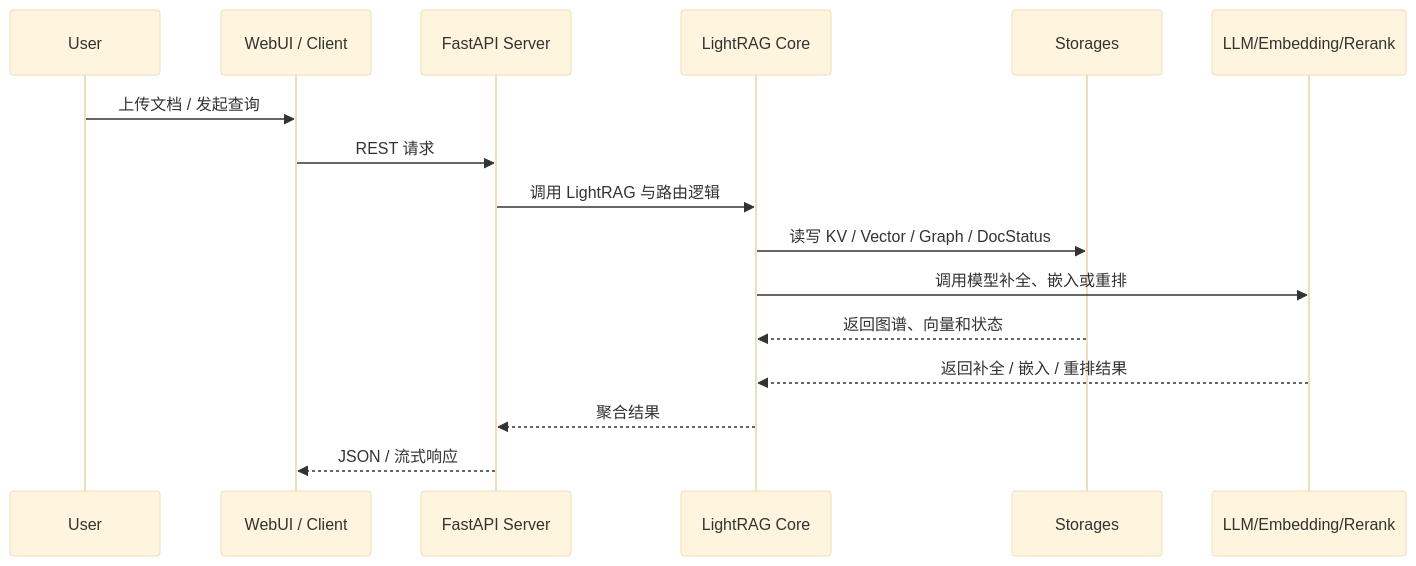
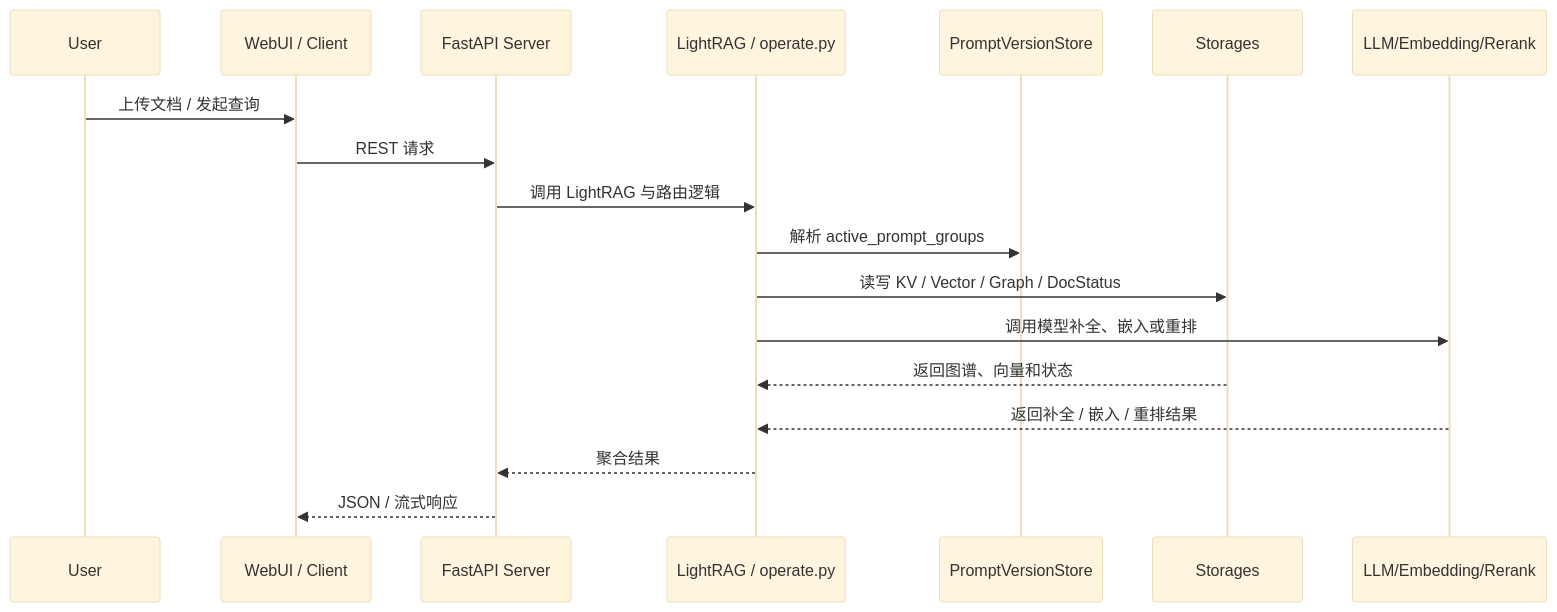
The second of 3 diagrams in .nexus-map/arch/dependencies.md (HKUDS/LightRAG), drawn with Mermaid (base theme) before and after one commit. The commit also changed other lines of this file and 10 other files, not shown here.

````diff
--- a/.nexus-map/arch/dependencies.md
+++ b/.nexus-map/arch/dependencies.md
@@ -28,19 +39,21 @@
 ```mermaid
 sequenceDiagram
   participant U as User
   participant W as WebUI / Client
   participant A as FastAPI Server
-  participant R as LightRAG Core
+  participant R as LightRAG / operate.py
+  participant P as PromptVersionStore
   participant S as Storages
   participant M as LLM/Embedding/Rerank
 
   U->>W: 上传文档 / 发起查询
   W->>A: REST 请求
   A->>R: 调用 LightRAG 与路由逻辑
+  R->>P: 解析 active_prompt_groups
   R->>S: 读写 KV / Vector / Graph / DocStatus
   R->>M: 调用模型补全、嵌入或重排
   S-->>R: 返回图谱、向量和状态
   M-->>R: 返回补全 / 嵌入 / 重排结果
   R-->>A: 聚合结果
   A-->>W: JSON / 流式响应
 ```
````
